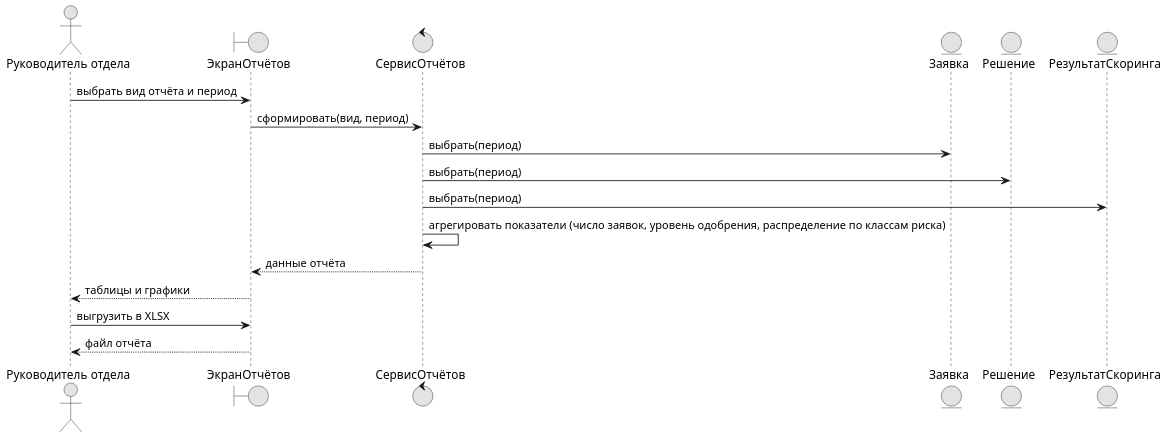
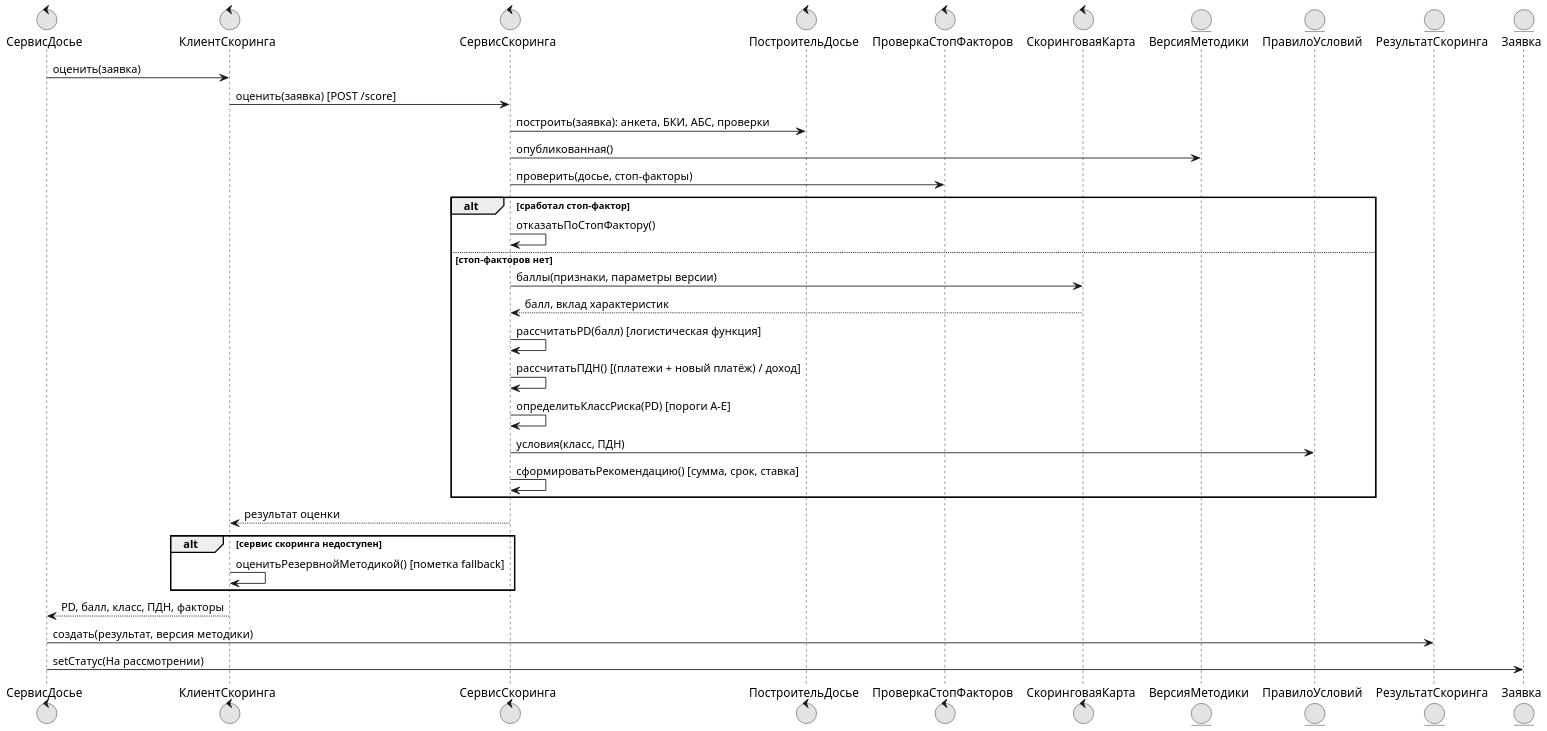
The diagram in diagrams/uml_seq_4.puml (DarkSwordman999/credit-scoring-dss), drawn with PlantUML before and after one commit. The commit also changed 177 other files, not shown here.

Commit message:
ПР 7-8 пересобран: диаграммы взаимодействия по всем вариантам использования, классы, состояния, компоненты и развёртывание

```diff
--- a/diagrams/uml_seq_4.puml
+++ b/diagrams/uml_seq_4.puml
@@ -1,23 +1,40 @@
 @startuml
 !pragma layout smetana
 skinparam dpi 150
 skinparam defaultFontName Arial
 skinparam shadowing false
 skinparam monochrome true
-actor "Руководитель отдела" as HD
-boundary "ЭкранОтчётов" as UI
-control "СервисОтчётов" as S
+control "СервисДосье" as DS
+control "КлиентСкоринга" as SC
+control "СервисСкоринга" as S
+control "ПостроительДосье" as B
+control "ПроверкаСтопФакторов" as SF
+control "СкоринговаяКарта" as M
+entity "ВерсияМетодики" as V
+entity "ПравилоУсловий" as PR
+entity "РезультатСкоринга" as R
 entity "Заявка" as AP
-entity "Решение" as D
-entity "РезультатСкоринга" as R
-HD -> UI : выбрать вид отчёта и период
-UI -> S : сформировать(вид, период)
-S -> AP : выбрать(период)
-S -> D : выбрать(период)
-S -> R : выбрать(период)
-S -> S : агрегировать показатели (число заявок, уровень одобрения, распределение по классам риска)
-S --> UI : данные отчёта
-UI --> HD : таблицы и графики
-HD -> UI : выгрузить в XLSX
-UI --> HD : файл отчёта
+DS -> SC : оценить(заявка)
+SC -> S : оценить(заявка) [POST /score]
+S -> B : построить(заявка): анкета, БКИ, АБС, проверки
+S -> V : опубликованная()
+S -> SF : проверить(досье, стоп-факторы)
+alt сработал стоп-фактор
+  S -> S : отказатьПоСтопФактору()
+else стоп-факторов нет
+  S -> M : баллы(признаки, параметры версии)
+  M --> S : балл, вклад характеристик
+  S -> S : рассчитатьPD(балл) [логистическая функция]
+  S -> S : рассчитатьПДН() [(платежи + новый платёж) / доход]
+  S -> S : определитьКлассРиска(PD) [пороги A–E]
+  S -> PR : условия(класс, ПДН)
+  S -> S : сформироватьРекомендацию() [сумма, срок, ставка]
+end
+S --> SC : результат оценки
+alt сервис скоринга недоступен
+  SC -> SC : оценитьРезервнойМетодикой() [пометка fallback]
+end
+SC --> DS : PD, балл, класс, ПДН, факторы
+DS -> R : создать(результат, версия методики)
+DS -> AP : setСтатус(На рассмотрении)
 @enduml
```
